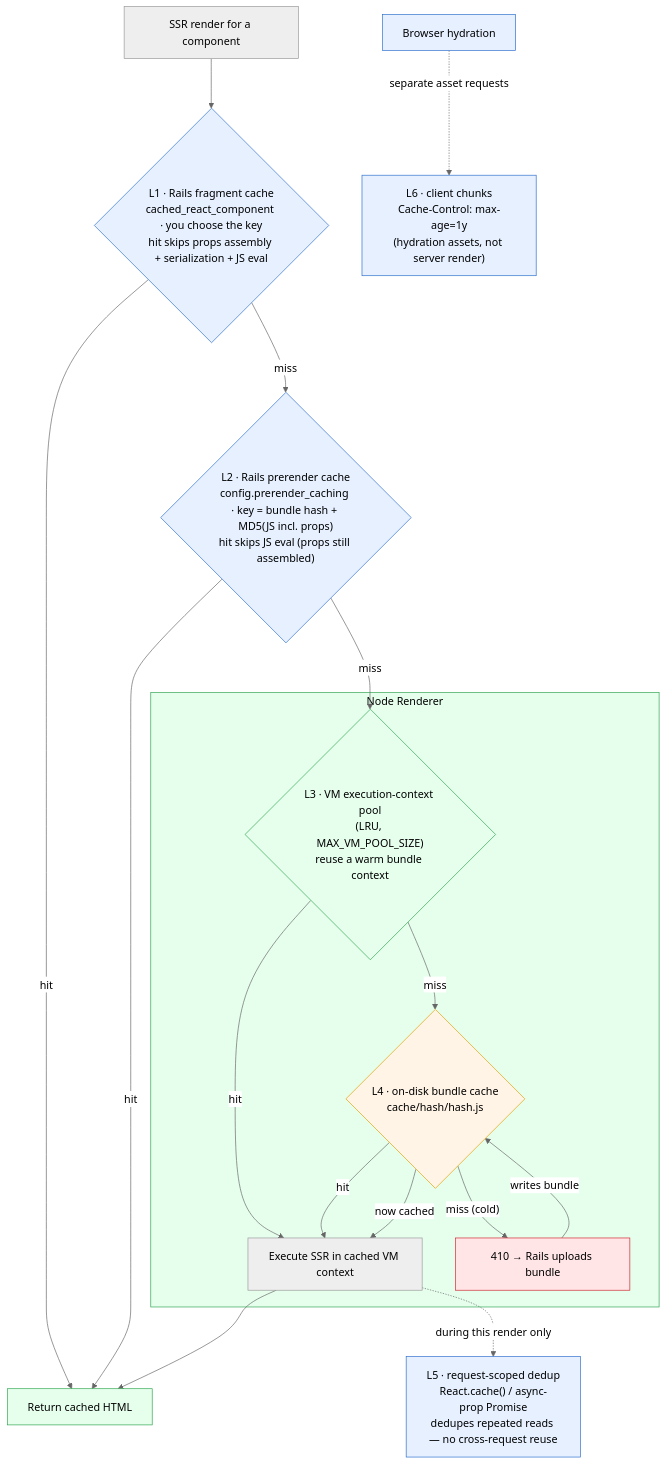
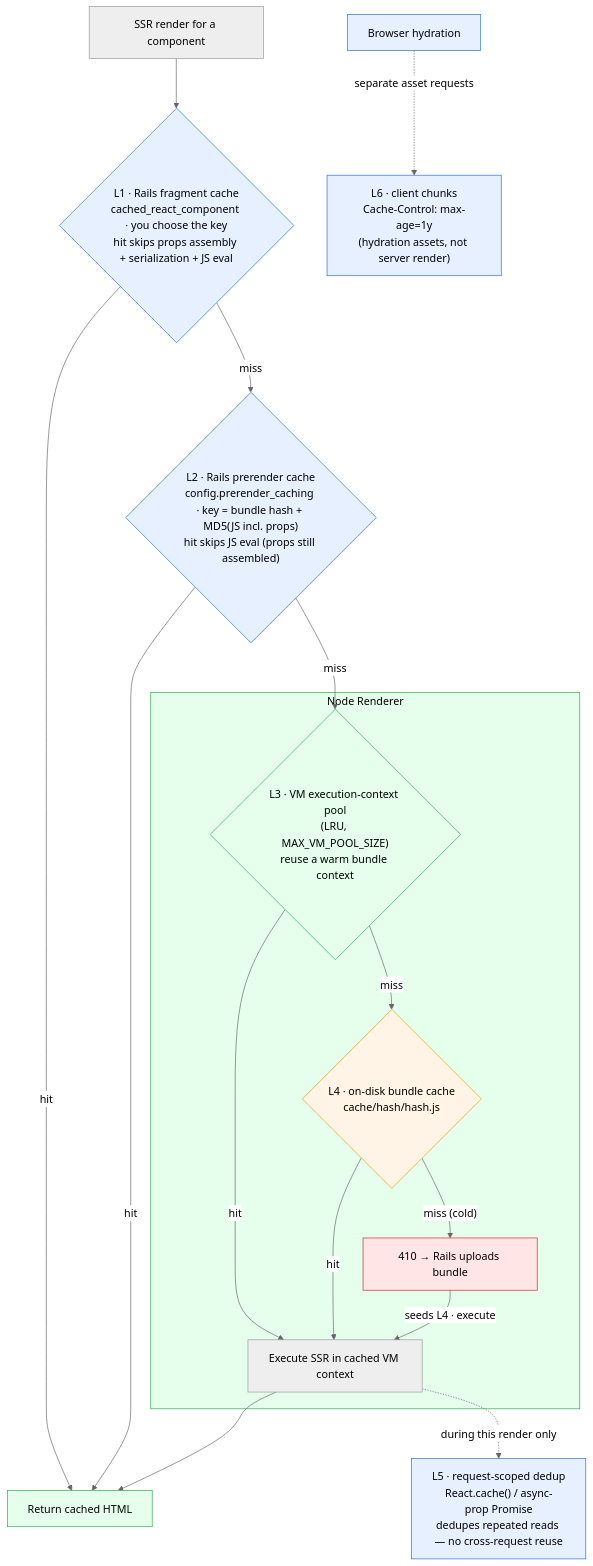
One commit to shakacode/react_on_rails changed the third of 5 diagrams in docs/pro/node-renderer.md. Above: the diagram before and after it, drawn with Mermaid (neutral theme). The commit also changed 1 other file, not shown here.

Commit message:
Clarify async props and cold cache docs

````diff
--- a/docs/pro/node-renderer.md
+++ b/docs/pro/node-renderer.md
@@ -101,30 +101,29 @@
 ```mermaid
 flowchart TB
     Req["SSR render for a component"] --> L1{"L1 · Rails fragment cache<br/>cached_react_component · you choose the key<br/>hit skips props assembly + serialization + JS eval"}
     L1 -- "hit" --> Done["Return cached HTML"]
     L1 -- "miss" --> L2{"L2 · Rails prerender cache<br/>config.prerender_caching · key = bundle hash + MD5(JS incl. props)<br/>hit skips JS eval (props still assembled)"}
     L2 -- "hit" --> Done
     L2 -- "miss" --> L3
     subgraph Renderer["Node Renderer"]
         L3{"L3 · VM execution-context pool<br/>(LRU, MAX_VM_POOL_SIZE)<br/>reuse a warm bundle context"}
         L3 -- "hit" --> Exec["Execute SSR in cached VM context"]
         L3 -- "miss" --> L4{"L4 · on-disk bundle cache<br/>cache/hash/hash.js"}
         L4 -- "hit" --> Exec
         L4 -- "miss (cold)" --> Upload["410 → Rails uploads bundle"]
-        Upload -- "writes bundle" --> L4
-        L4 -- "now cached" --> Exec
+        Upload -- "seeds L4 · execute" --> Exec
     end
     Exec --> Done
     Exec -. "during this render only" .-> L5["L5 · request-scoped dedup<br/>React.cache() / async-prop Promise<br/>dedupes repeated reads — no cross-request reuse"]
     Browser["Browser hydration"] -. "separate asset requests" .-> L6["L6 · client chunks<br/>Cache-Control: max-age=1y<br/>(hydration assets, not server render)"]
     style L1 fill:#e6f0ff,stroke:#2c6ecb,color:#000
     style L2 fill:#e6f0ff,stroke:#2c6ecb,color:#000
     style Done fill:#e6ffed,stroke:#2da44e,color:#000
     style Renderer fill:#e6ffed,stroke:#2da44e,color:#000
     style L3 fill:#e6ffed,stroke:#2da44e,color:#000
     style L4 fill:#fff4e5,stroke:#e0a000,color:#000
     style Upload fill:#ffe5e5,stroke:#d1242f,color:#000
     style Browser fill:#e6f0ff,stroke:#2c6ecb,color:#000
     style L5 fill:#e6f0ff,stroke:#2c6ecb,color:#000
     style L6 fill:#e6f0ff,stroke:#2c6ecb,color:#000
 ```
````
